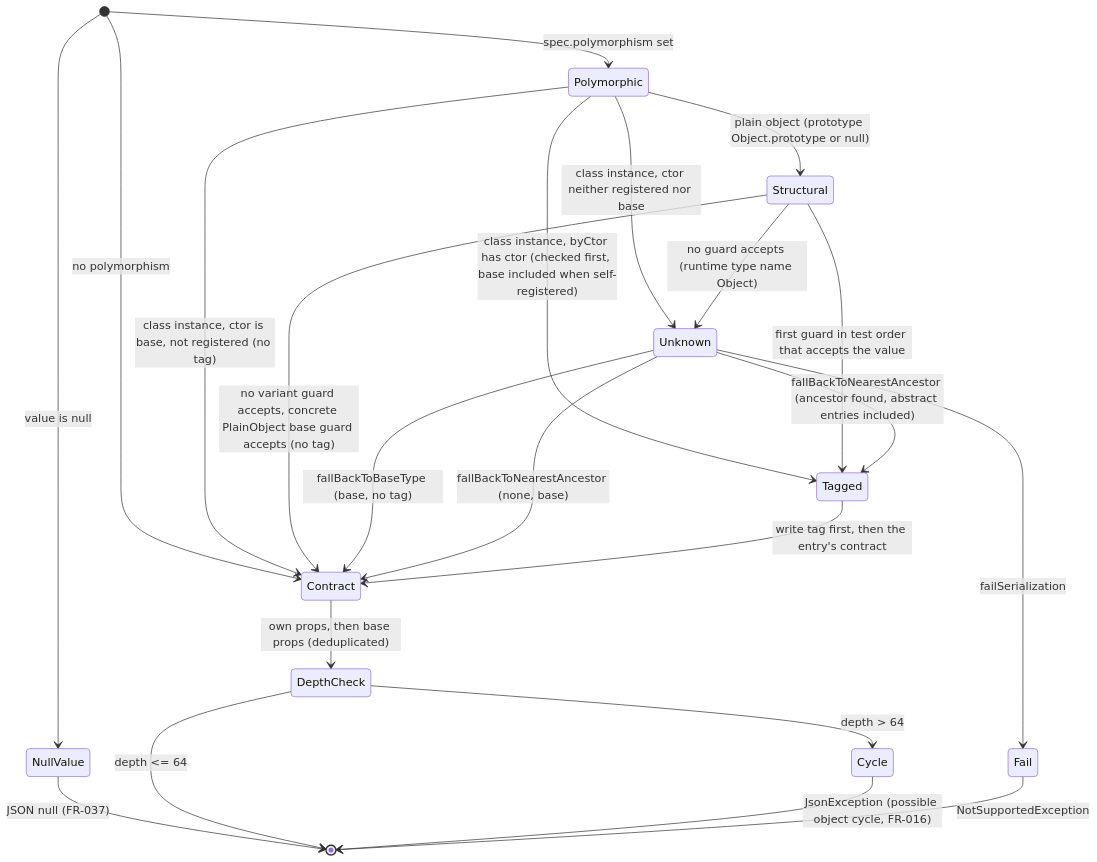
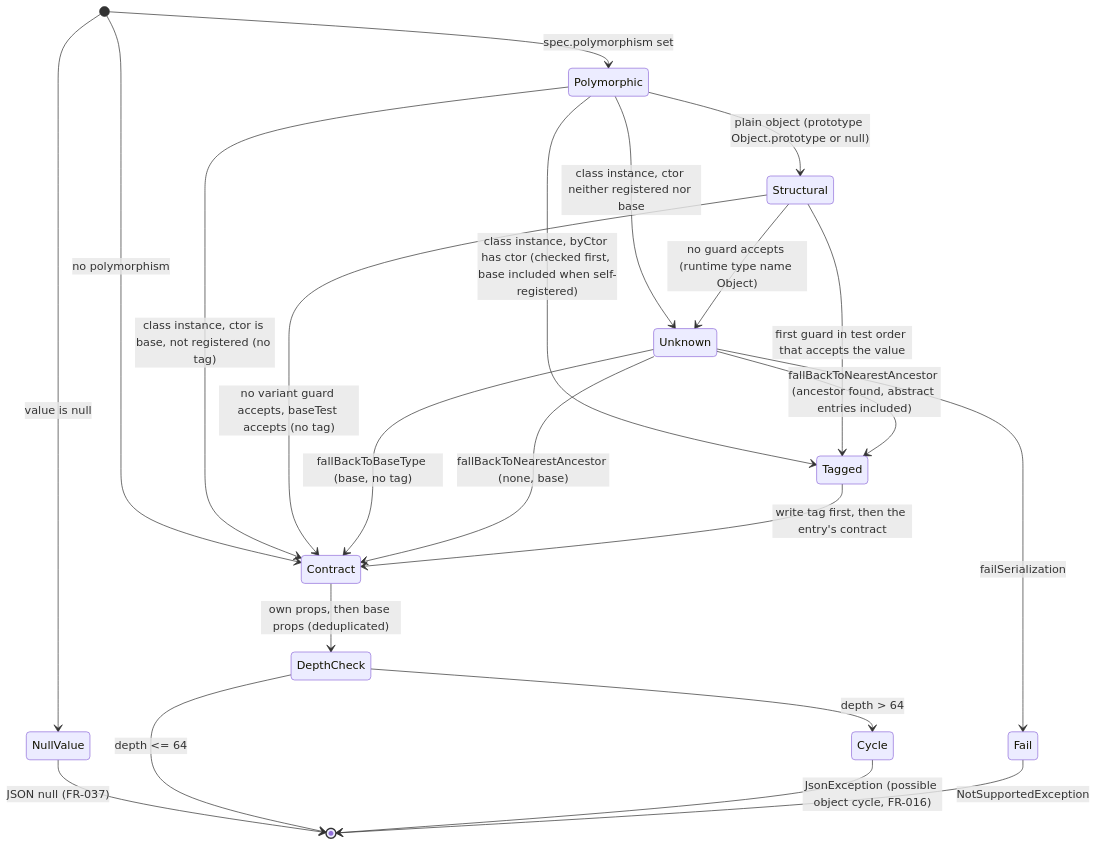
One commit to danfma/metano changed the second of 3 diagrams in specs/009-polymorphic-json/data-model.md. Above: the diagram before and after it, drawn with Mermaid. The commit also changed other lines of this file and 8 other files, not shown here.

First line of the commit message:
docs: record interface and PlainObject polymorphism in spec 009 (#268)

````diff
--- a/specs/009-polymorphic-json/data-model.md
+++ b/specs/009-polymorphic-json/data-model.md
@@ -204,24 +206,24 @@
 ```mermaid
 stateDiagram-v2
     [*] --> NullValue: value is null
     NullValue --> [*]: JSON null (FR-037)
     [*] --> Polymorphic: spec.polymorphism set
     [*] --> Contract: no polymorphism
     Polymorphic --> Structural: plain object (prototype Object.prototype or null)
     Polymorphic --> Tagged: class instance, byCtor has ctor (checked first, base included when self-registered)
     Polymorphic --> Contract: class instance, ctor is base, not registered (no tag)
     Polymorphic --> Unknown: class instance, ctor neither registered nor base
     Structural --> Tagged: first guard in test order that accepts the value
-    Structural --> Contract: no variant guard accepts, concrete PlainObject base guard accepts (no tag)
+    Structural --> Contract: no variant guard accepts, baseTest accepts (no tag)
     Structural --> Unknown: no guard accepts (runtime type name Object)
     Unknown --> Fail: failSerialization
     Unknown --> Contract: fallBackToBaseType (base, no tag)
     Unknown --> Tagged: fallBackToNearestAncestor (ancestor found, abstract entries included)
     Unknown --> Contract: fallBackToNearestAncestor (none, base)
     Tagged --> Contract: write tag first, then the entry's contract
     Contract --> DepthCheck: own props, then base props (deduplicated)
     DepthCheck --> [*]: depth <= 64
     DepthCheck --> Cycle: depth > 64
     Cycle --> [*]: JsonException (possible object cycle, FR-016)
     Fail --> [*]: NotSupportedException
 ```
````
